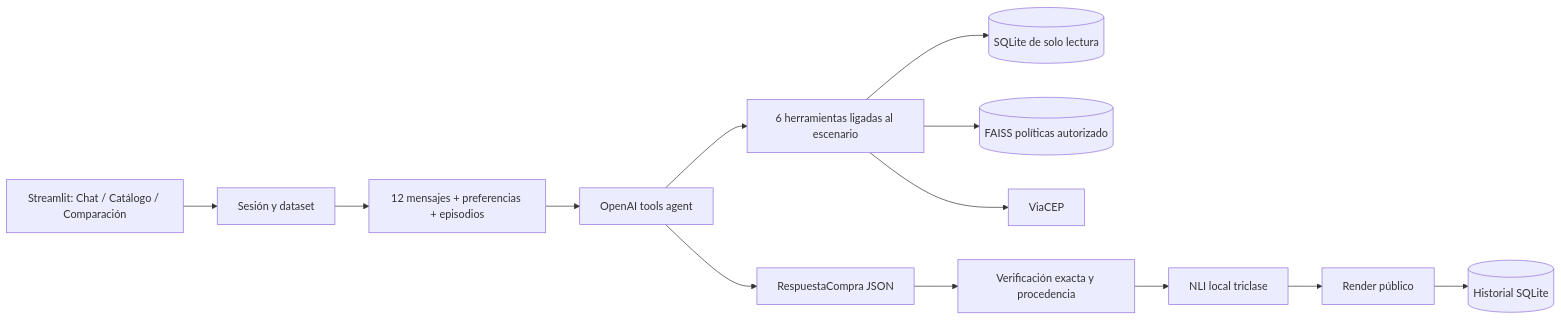
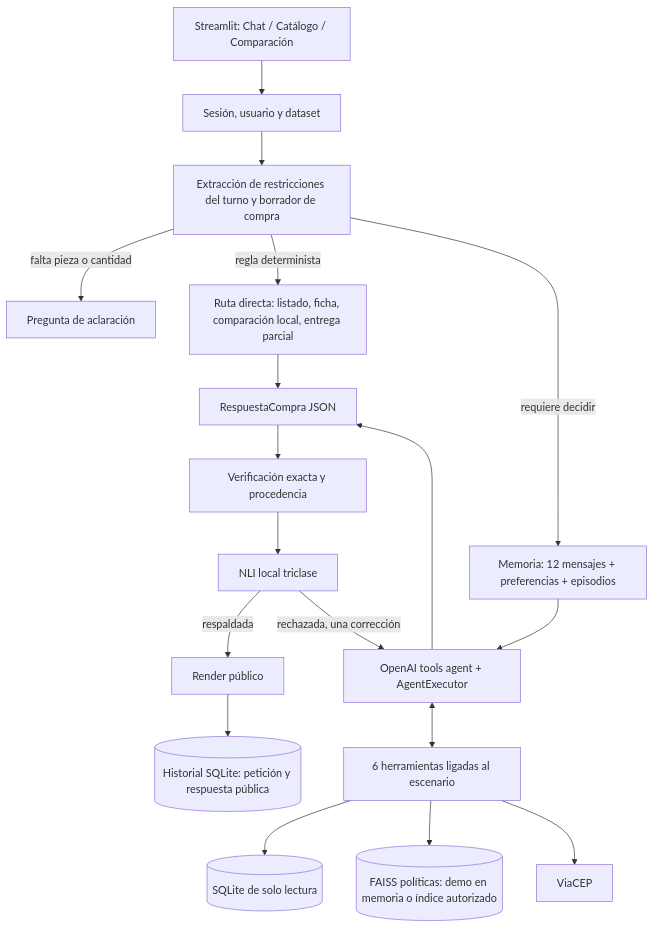
Before and after one commit to efraxpc/pedro_asistente_de_compras: the diagram in docs/arquitectura.mmd, drawn with Mermaid. The commit also changed 14 other files, not shown here.

```diff
--- a/docs/arquitectura.mmd
+++ b/docs/arquitectura.mmd
@@ -1,13 +1,18 @@
-flowchart LR
-    UI[Streamlit: Chat / Catálogo / Comparación] --> S[Sesión y dataset]
-    S --> M[12 mensajes + preferencias + episodios]
-    M --> A[OpenAI tools agent]
-    A --> T[6 herramientas ligadas al escenario]
+flowchart TD
+    UI[Streamlit: Chat / Catálogo / Comparación] --> S[Sesión, usuario y dataset]
+    S --> D[Extracción de restricciones del turno y borrador de compra]
+    D -->|falta pieza o cantidad| Q[Pregunta de aclaración]
+    D -->|regla determinista| R[Ruta directa: listado, ficha, comparación local, entrega parcial]
+    D -->|requiere decidir| M[Memoria: 12 mensajes + preferencias + episodios]
+    M --> A[OpenAI tools agent + AgentExecutor]
+    A <--> T[6 herramientas ligadas al escenario]
     T --> DB[(SQLite de solo lectura)]
-    T --> P[(FAISS políticas autorizado)]
+    T --> P[(FAISS políticas: demo en memoria o índice autorizado)]
     T --> V[ViaCEP]
     A --> J[RespuestaCompra JSON]
+    R --> J
     J --> X[Verificación exacta y procedencia]
     X --> N[NLI local triclase]
-    N --> R[Render público]
-    R --> H[(Historial SQLite)]
+    N -->|respaldada| PUB[Render público]
+    N -->|rechazada, una corrección| A
+    PUB --> H[(Historial SQLite: petición y respuesta pública)]
```
